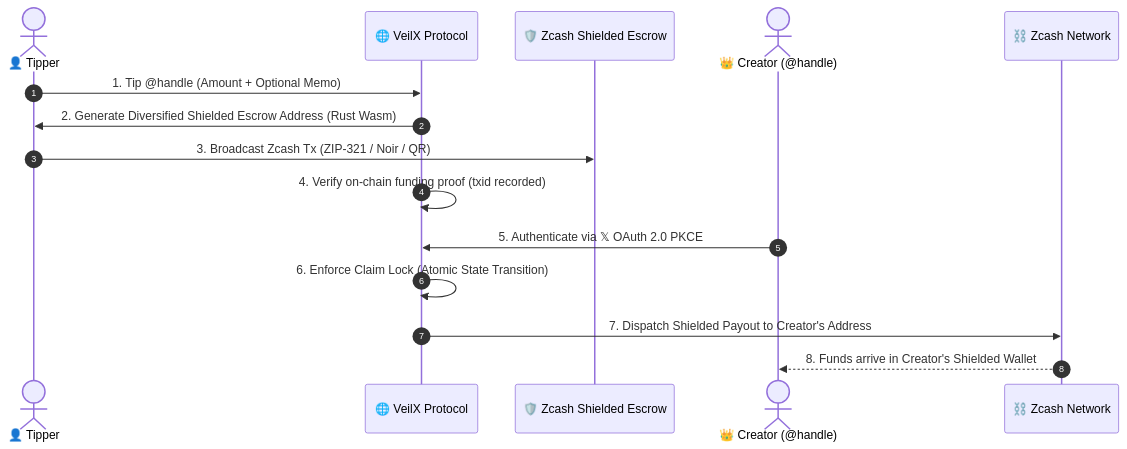
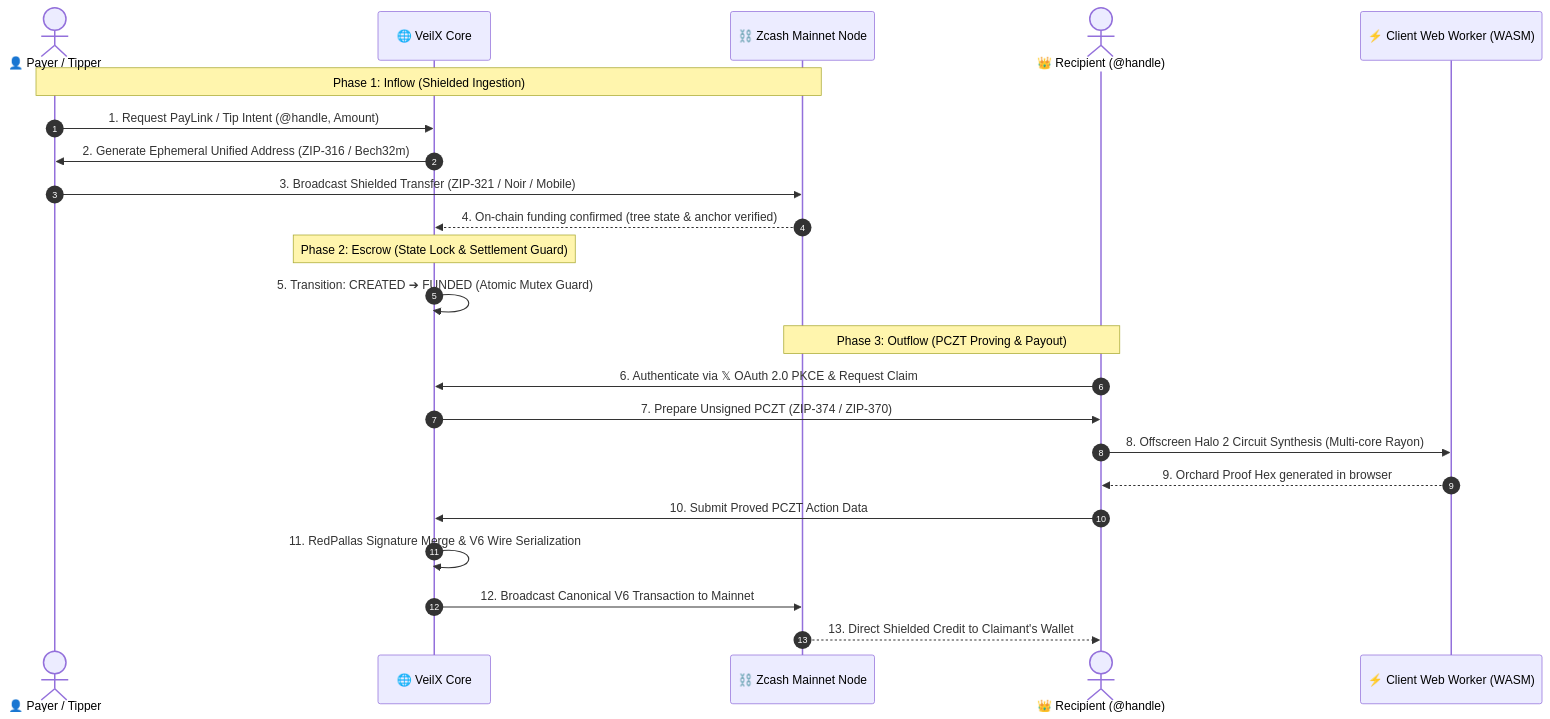
One commit to Expat-Q/VeilX changed the first of 2 diagrams in README.md. Above: the diagram before and after it, drawn with Mermaid. The commit also changed other lines of this file and 61 other files, not shown here.

Commit message:
feat(escrow): implement multi-threaded client PCZT proving & production-ready documentation

````diff
--- a/README.md
+++ b/README.md
@@ -31,18 +92,28 @@
 ```mermaid
 sequenceDiagram
     autonumber
-    actor Tipper as 👤 Tipper
-    participant VeilX as 🌐 VeilX Protocol
-    participant Pool as 🛡️ Zcash Shielded Escrow
-    actor Creator as 👑 Creator (@handle)
-    participant ZcashNode as ⛓️ Zcash Network
+    actor Payer as 👤 Payer / Tipper
+    participant VeilX as 🌐 VeilX Core
+    participant Node as ⛓️ Zcash Mainnet Node
+    actor Claimant as 👑 Recipient (@handle)
+    participant Worker as ⚡ Client Web Worker (WASM)
 
-    Tipper->>VeilX: 1. Tip @handle (Amount + Optional Memo)
-    VeilX->>Tipper: 2. Generate Diversified Shielded Escrow Address (Rust Wasm)
-    Tipper->>Pool: 3. Broadcast Zcash Tx (ZIP-321 / Noir / QR)
-    VeilX->>VeilX: 4. Verify on-chain funding proof (txid recorded)
-    Creator->>VeilX: 5. Authenticate via 𝕏 OAuth 2.0 PKCE
-    VeilX->>VeilX: 6. Enforce Claim Lock (Atomic State Transition)
-    VeilX->>ZcashNode: 7. Dispatch Shielded Payout to Creator's Address
-    ZcashNode-->>Creator: 8. Funds arrive in Creator's Shielded Wallet
+    Note over Payer,Node: Phase 1: Inflow (Shielded Ingestion)
+    Payer->>VeilX: 1. Request PayLink / Tip Intent (@handle, Amount)
+    VeilX->>Payer: 2. Generate Ephemeral Unified Address (ZIP-316 / Bech32m)
+    Payer->>Node: 3. Broadcast Shielded Transfer (ZIP-321 / Noir / Mobile)
+    Node-->>VeilX: 4. On-chain funding confirmed (tree state & anchor verified)
+
+    Note over VeilX: Phase 2: Escrow (State Lock & Settlement Guard)
+    VeilX->>VeilX: 5. Transition: CREATED ➔ FUNDED (Atomic Mutex Guard)
+
+    Note over Claimant,Node: Phase 3: Outflow (PCZT Proving & Payout)
+    Claimant->>VeilX: 6. Authenticate via 𝕏 OAuth 2.0 PKCE & Request Claim
+    VeilX->>Claimant: 7. Prepare Unsigned PCZT (ZIP-374 / ZIP-370)
+    Claimant->>Worker: 8. Offscreen Halo 2 Circuit Synthesis (Multi-core Rayon)
+    Worker-->>Claimant: 9. Orchard Proof Hex generated in browser
+    Claimant->>VeilX: 10. Submit Proved PCZT Action Data
+    VeilX->>VeilX: 11. RedPallas Signature Merge & V6 Wire Serialization
+    VeilX->>Node: 12. Broadcast Canonical V6 Transaction to Mainnet
+    Node-->>Claimant: 13. Direct Shielded Credit to Claimant's Wallet
 ```
````
